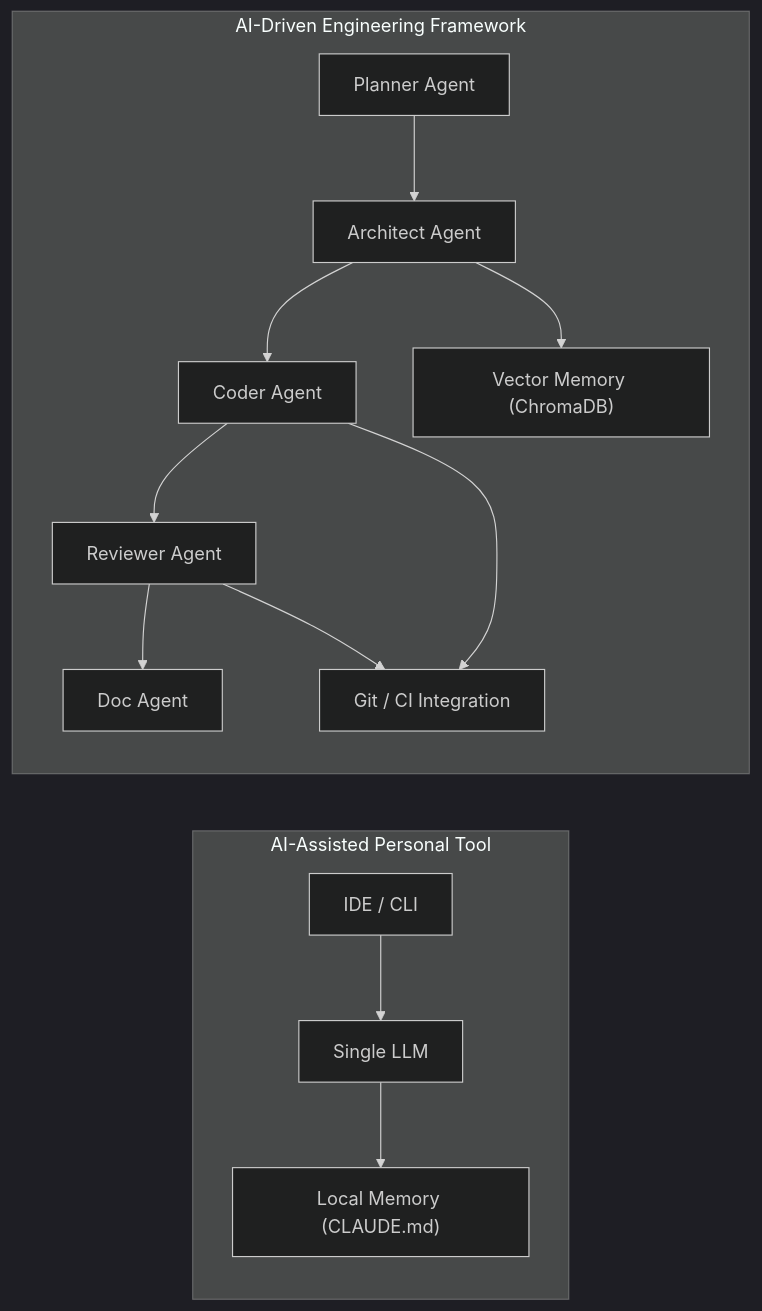
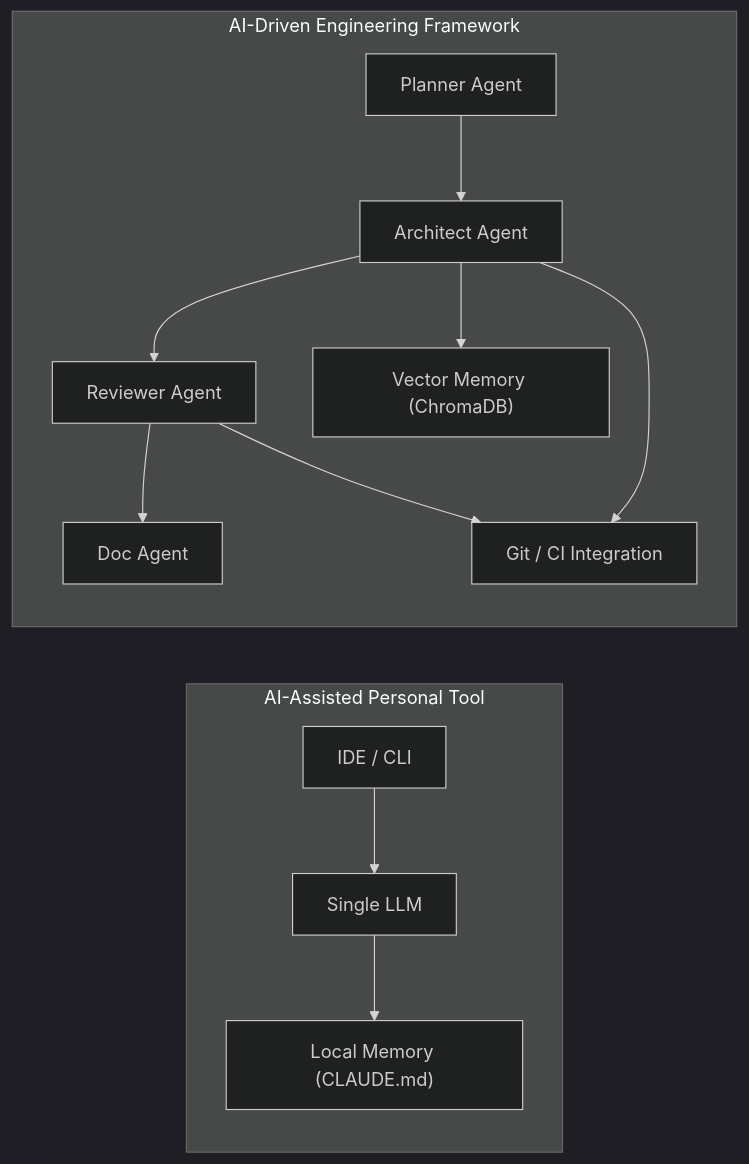
The diagram in docs/ai-dev-layers.md (to-nexus/ant), drawn with Mermaid (dark theme) before and after one commit. The commit also changed other lines of this file, not shown here.

````diff
--- a/docs/ai-dev-layers.md
+++ b/docs/ai-dev-layers.md
@@ -21,27 +21,25 @@
 ```mermaid
 flowchart LR
   subgraph A["AI-Assisted Personal Tool"]
     A1["IDE / CLI"]
     A2["Single LLM"]
     A3["Local Memory (CLAUDE.md)"]
     A1 --> A2
     A2 --> A3
   end
 
   subgraph B["AI-Driven Engineering Framework"]
     B1["Planner Agent"]
     B2["Architect Agent"]
-    B3["Coder Agent"]
-    B4["Reviewer Agent"]
-    B5["Doc Agent"]
-    B6["Vector Memory (ChromaDB)"]
-    B7["Git / CI Integration"]
+    B3["Reviewer Agent"]
+    B4["Doc Agent"]
+    B5["Vector Memory (ChromaDB)"]
+    B6["Git / CI Integration"]
     B1 --> B2
     B2 --> B3
     B3 --> B4
-    B4 --> B5
+    B2 --> B5
     B2 --> B6
-    B3 --> B7
-    B4 --> B7
+    B3 --> B6
   end
 ```
````
